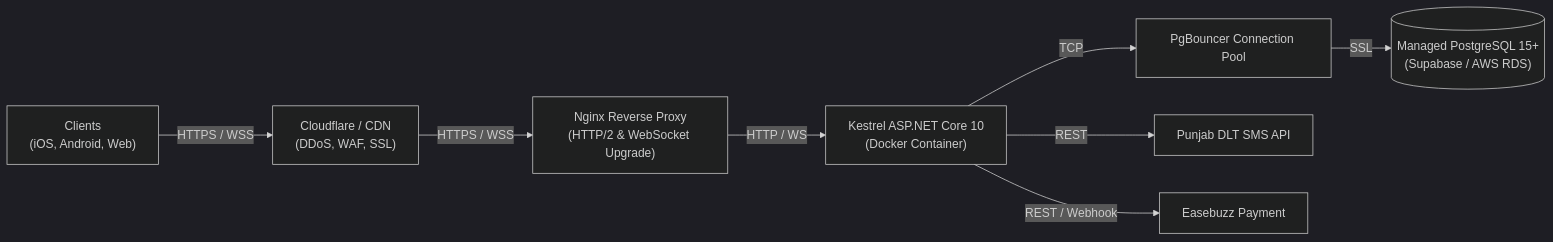
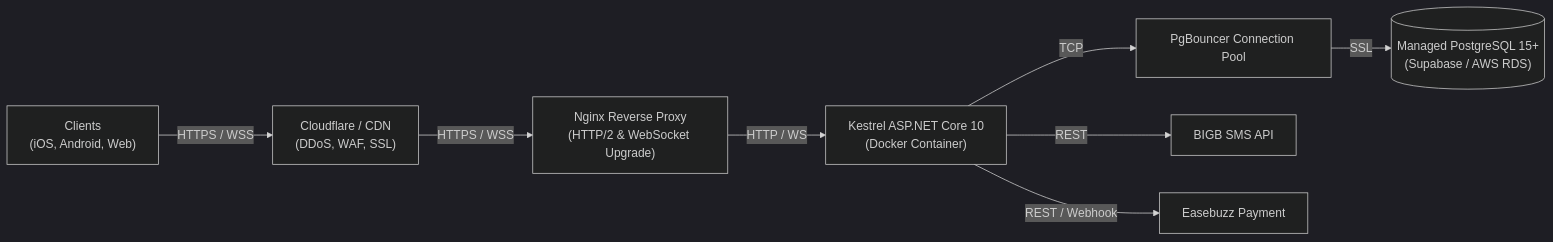
One commit to Ajain0311/SuperApp_V2 changed the diagram in docs/PRODUCTION_SETUP.md. Above: the diagram before and after it, drawn with Mermaid (dark theme). The commit also changed other lines of this file and 26 other files, not shown here.

Commit message:
chore(provider): rename PunjabGov provider to BIGB across entire project

````diff
--- a/docs/PRODUCTION_SETUP.md
+++ b/docs/PRODUCTION_SETUP.md
@@ -11,19 +11,19 @@
 ```mermaid
 flowchart LR
     Client["Clients\n(iOS, Android, Web)"]
     Cloudflare["Cloudflare / CDN\n(DDoS, WAF, SSL)"]
     Nginx["Nginx Reverse Proxy\n(HTTP/2 & WebSocket Upgrade)"]
     Kestrel["Kestrel ASP.NET Core 10\n(Docker Container)"]
     PgBouncer["PgBouncer Connection Pool"]
     Postgres[("Managed PostgreSQL 15+\n(Supabase / AWS RDS)")]
-    DLT["Punjab DLT SMS API"]
+    DLT["BIGB SMS API"]
     Easebuzz["Easebuzz Payment"]
 
     Client -->|HTTPS / WSS| Cloudflare
     Cloudflare -->|HTTPS / WSS| Nginx
     Nginx -->|HTTP / WS| Kestrel
     Kestrel -->|TCP| PgBouncer
     PgBouncer -->|SSL| Postgres
     Kestrel -->|REST| DLT
     Kestrel -->|REST / Webhook| Easebuzz
 ```
````
